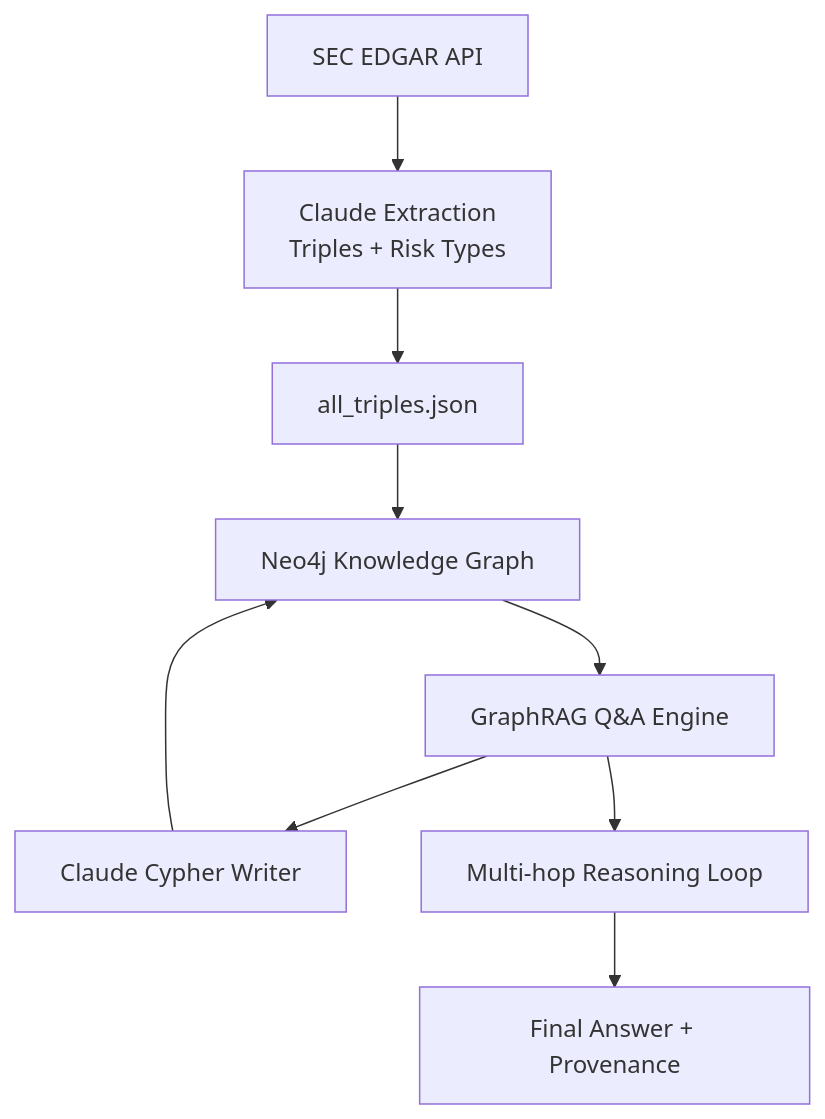
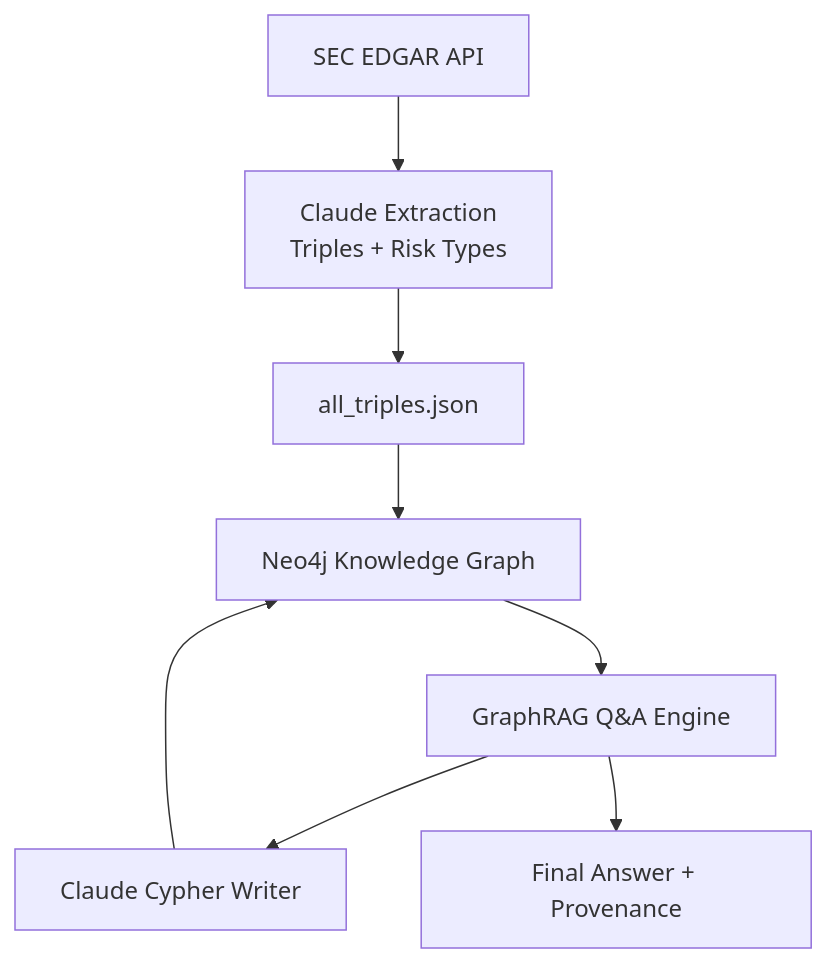
The first of 2 diagrams in README.md (BhaviDave/Supply-Chain-Risk-Intelligence), drawn with Mermaid before and after one commit.

Commit message:
updating graph

````diff
--- a/README.md
+++ b/README.md
@@ -46,15 +46,14 @@
 ```mermaid
 flowchart TD
 
 A[SEC EDGAR API] --> B[Claude Extraction<br/>Triples + Risk Types]
 B --> C[all_triples.json]
 
 C --> D[Neo4j Knowledge Graph]
 
 D --> E[GraphRAG Q&A Engine]
 E --> F[Claude Cypher Writer]
 F --> D
 
-E --> G[Multi-hop Reasoning Loop]
-G --> H[Final Answer + Provenance]
+E --> G[Final Answer + Provenance]
 ```
````
